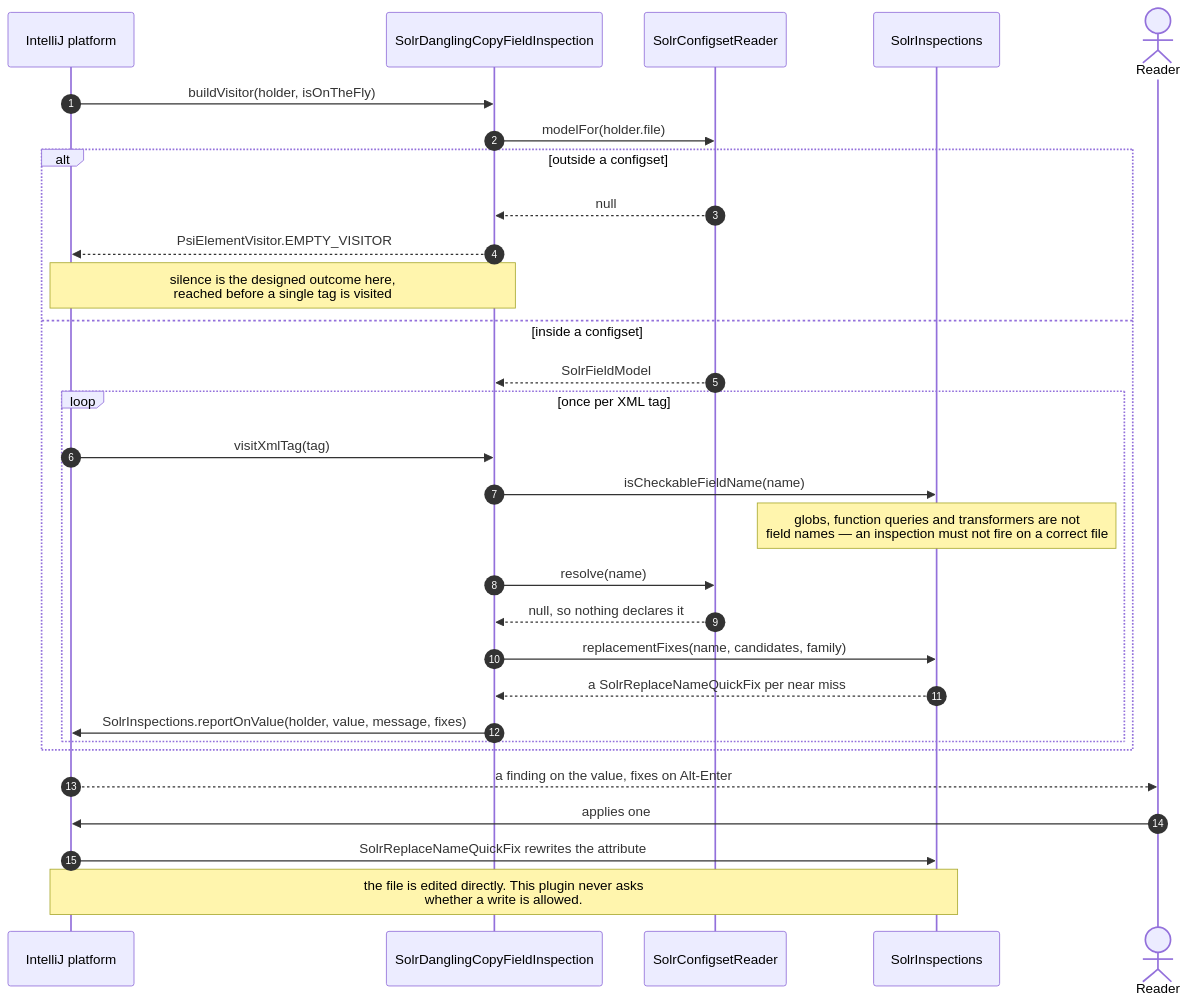
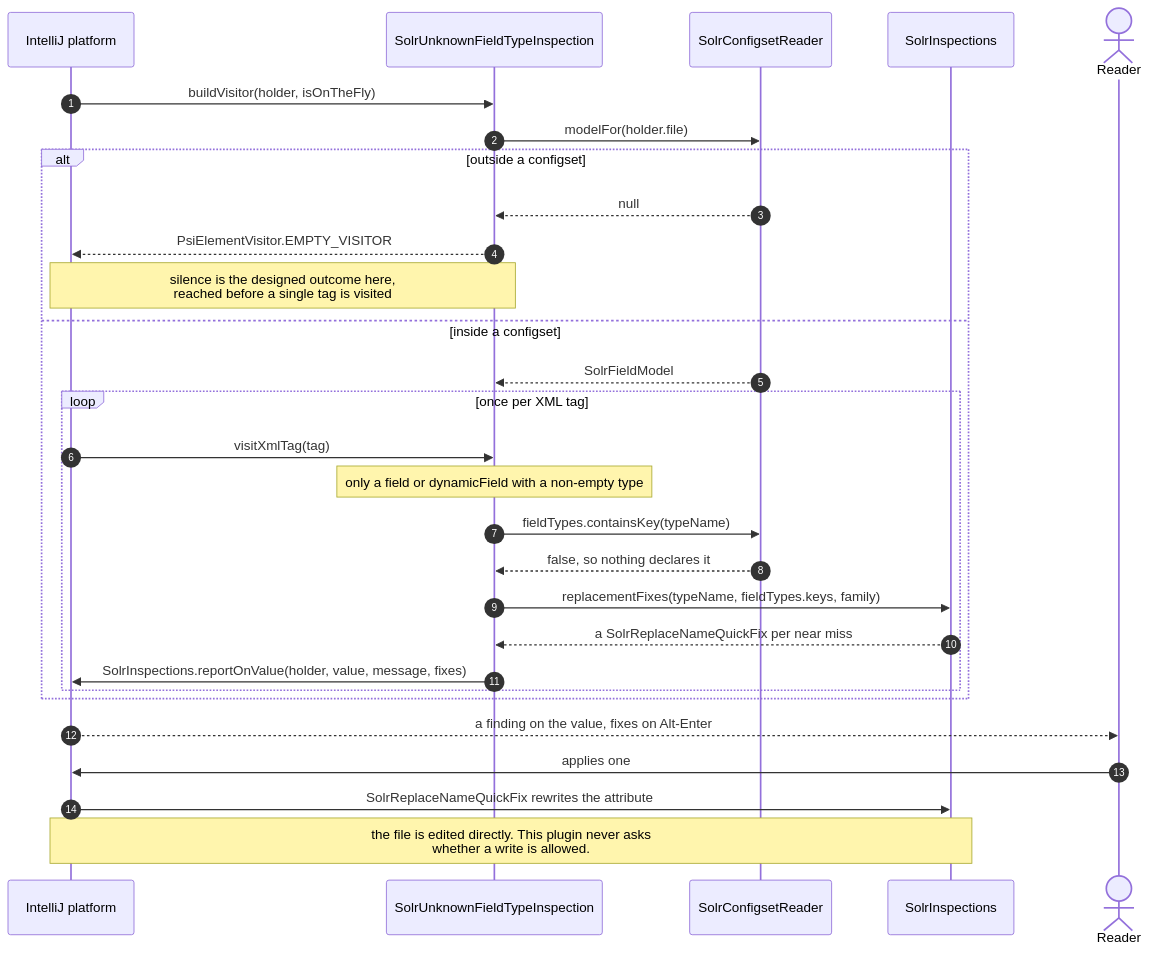
Before and after one commit to adityamparikh/solr-intellij-plugin: the diagram in docs/how-to/add-an-editor-feature.md, drawn with Mermaid. The commit also changed other lines of this file and 4 other files, not shown here.

````diff
--- a/docs/how-to/add-an-editor-feature.md
+++ b/docs/how-to/add-an-editor-feature.md
@@ -22,35 +22,34 @@
 ```mermaid
 sequenceDiagram
     autonumber
     participant IDE as IntelliJ platform
-    participant Inspection as SolrDanglingCopyFieldInspection
+    participant Inspection as SolrUnknownFieldTypeInspection
     participant Model as SolrConfigsetReader
     participant Helpers as SolrInspections
     actor Reader
 
     IDE->>Inspection: buildVisitor(holder, isOnTheFly)
     Inspection->>Model: modelFor(holder.file)
 
     alt outside a configset
         Model-->>Inspection: null
         Inspection-->>IDE: PsiElementVisitor.EMPTY_VISITOR
         Note over Inspection,IDE: silence is the designed outcome here,<br/>reached before a single tag is visited
     else inside a configset
         Model-->>Inspection: SolrFieldModel
         loop once per XML tag
             IDE->>Inspection: visitXmlTag(tag)
-            Inspection->>Helpers: isCheckableFieldName(name)
-            Note over Helpers: globs, function queries and transformers are not<br/>field names — an inspection must not fire on a correct file
-            Inspection->>Model: resolve(name)
-            Model-->>Inspection: null, so nothing declares it
-            Inspection->>Helpers: replacementFixes(name, candidates, family)
+            Note over Inspection: only a field or dynamicField with a non-empty type
+            Inspection->>Model: fieldTypes.containsKey(typeName)
+            Model-->>Inspection: false, so nothing declares it
+            Inspection->>Helpers: replacementFixes(typeName, fieldTypes.keys, family)
             Helpers-->>Inspection: a SolrReplaceNameQuickFix per near miss
             Inspection->>IDE: SolrInspections.reportOnValue(holder, value, message, fixes)
         end
     end
 
     IDE-->>Reader: a finding on the value, fixes on Alt-Enter
     Reader->>IDE: applies one
     IDE->>Helpers: SolrReplaceNameQuickFix rewrites the attribute
     Note over IDE,Helpers: the file is edited directly. This plugin never asks<br/>whether a write is allowed.
 ```
````
